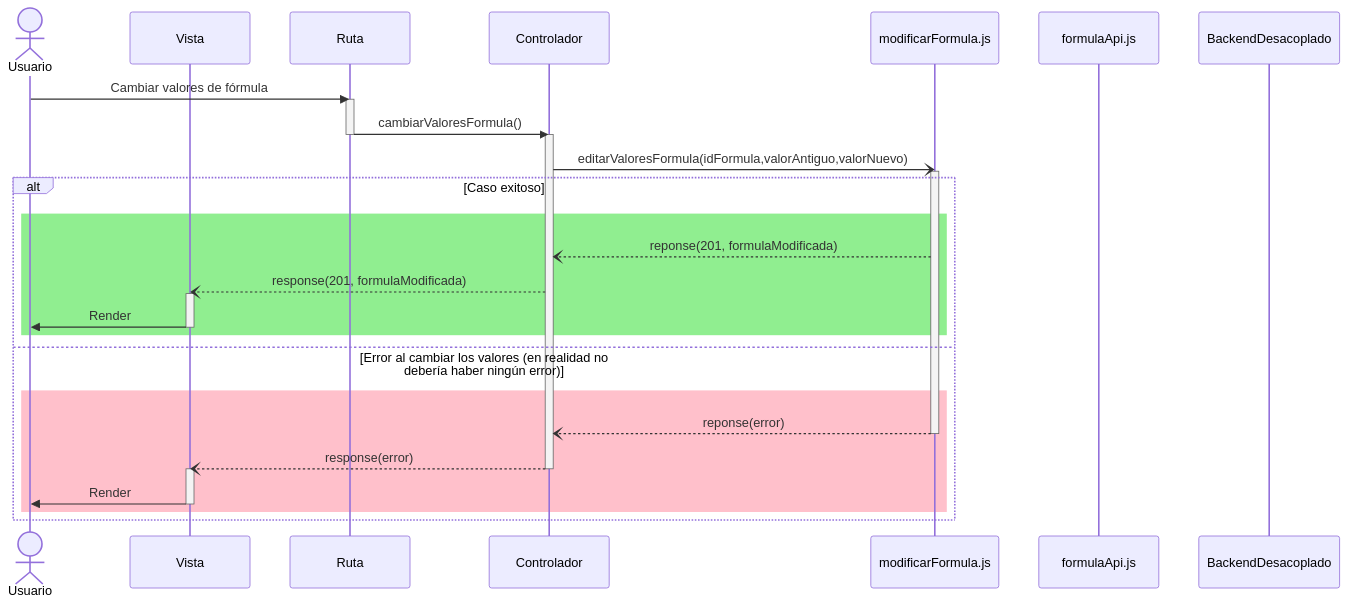
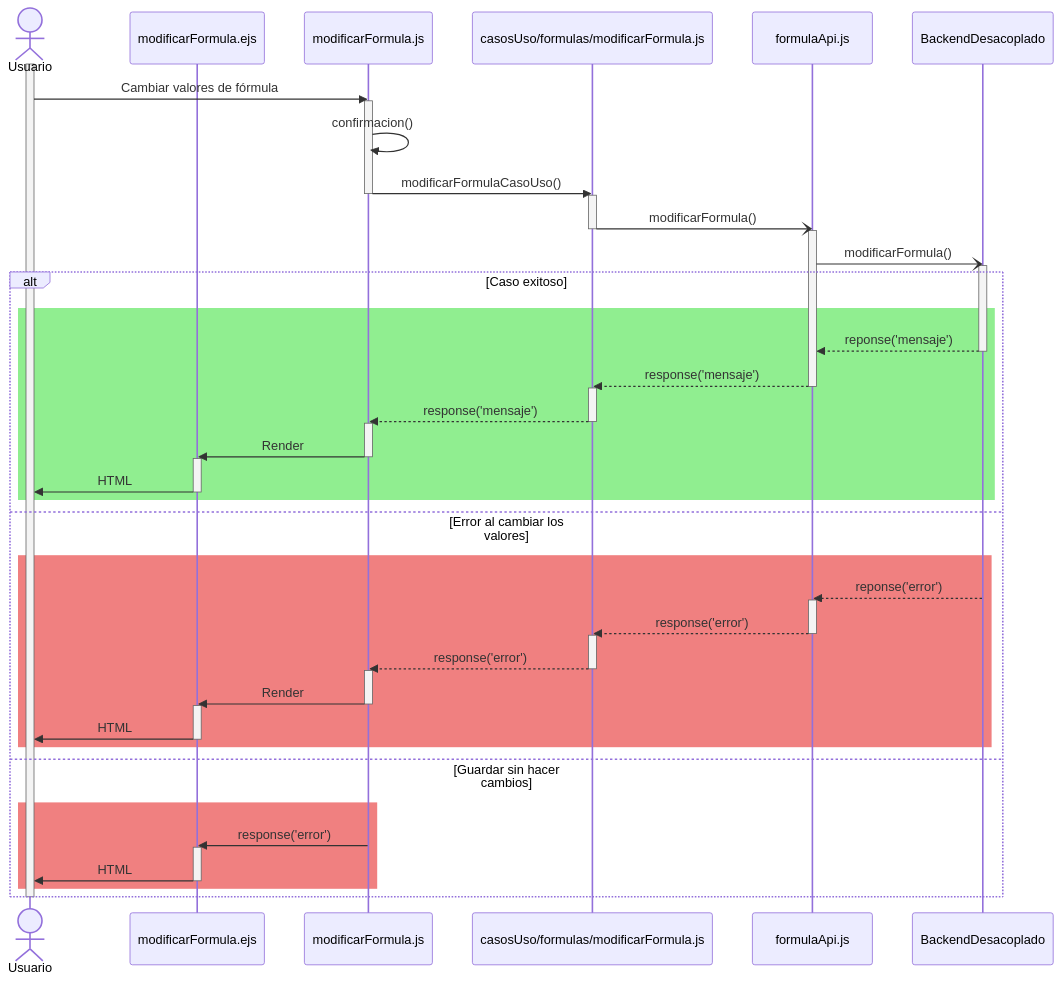
Before and after one commit to CodeAnd-Co/Documentacion: the diagram in documentation/docs/proyectos/tractores/documentacion/requisitos/RF31.md, drawn with Mermaid.

Commit message:
Corregir diagrama RF31 por nueva estructura

````diff
--- a/documentation/docs/proyectos/tractores/documentacion/requisitos/RF31.md
+++ b/documentation/docs/proyectos/tractores/documentacion/requisitos/RF31.md
@@ -37,37 +37,63 @@
 ``` mermaid
 sequenceDiagram
     actor Usuario
-    participant view as Vista
-    participant route as Ruta
-    participant controller as Controlador
-    participant usecase as modificarFormula.js
+    participant view as modificarFormula.ejs
+    participant utilFormula as modificarFormula.js
+    participant usecase as casosUso/formulas/modificarFormula.js
     participant formulaAPI as formulaApi.js
     participant server as BackendDesacoplado
 
-    Usuario->>route: Cambiar valores de fórmula
-    activate route
-    route->>controller: cambiarValoresFormula()
-    deactivate route
-    activate controller
-    controller-)usecase: editarValoresFormula(idFormula,valorAntiguo,valorNuevo)
+    activate Usuario
+    Usuario->>utilFormula: Cambiar valores de fórmula
+    activate utilFormula
+    utilFormula->>utilFormula: confirmacion()
+    utilFormula->>usecase: modificarFormulaCasoUso()
+    deactivate utilFormula
     activate usecase
+    usecase-)formulaAPI: modificarFormula()
+    deactivate usecase
+    activate formulaAPI
+    formulaAPI-)server: modificarFormula()
+    activate server
     alt Caso exitoso
-    rect Lightgreen
-    usecase--)controller: reponse(201, formulaModificada)
-    controller--)view: response(201, formulaModificada)
-    activate view
-    view->>Usuario: Render
-    deactivate view
+      rect Lightgreen
+      server-->>formulaAPI: reponse('mensaje')
+      deactivate server
+      formulaAPI-->>usecase: response('mensaje')
+      deactivate formulaAPI
+      activate usecase
+      usecase-->>utilFormula: response('mensaje')
+      deactivate usecase
+      activate utilFormula
+      utilFormula->>view: Render
+      deactivate utilFormula
+      activate view
+      view->>Usuario: HTML
+      deactivate view
+      end
+    else Error al cambiar los valores
+      rect Lightcoral
+      server-->>formulaAPI: reponse('error')
+      activate formulaAPI
+      formulaAPI-->>usecase: response('error')
+      deactivate formulaAPI
+      activate usecase
+      usecase-->>utilFormula: response('error')
+      deactivate usecase
+      activate utilFormula
+      utilFormula->>view: Render
+      deactivate utilFormula
+      activate view
+      view->>Usuario: HTML
+      deactivate view
+      end
+    else Guardar sin hacer cambios
+    rect Lightcoral
+      utilFormula->>view: response('error')
+      activate view
+      view->>Usuario: HTML
+      deactivate view
+      end
     end
-    else Error al cambiar los valores (en realidad no debería haber ningún error)
-    rect Pink
-    usecase--)controller: reponse(error)
-    deactivate usecase
-    controller--)view: response(error)
-    deactivate controller
-    activate view
-    view->>Usuario: Render
-    deactivate view
-    end
-    end
+    deactivate Usuario
 ```
````
